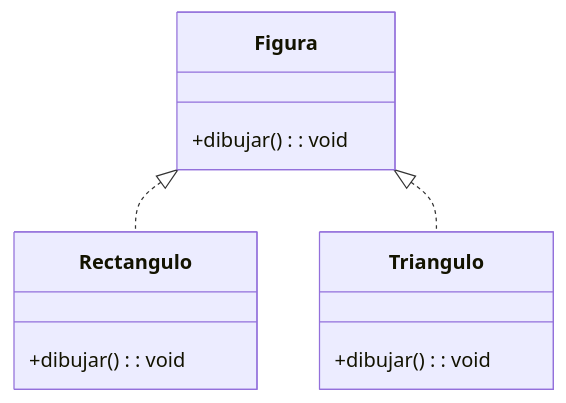
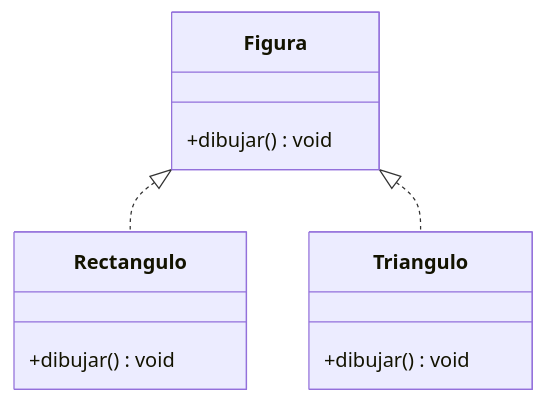
Diagram 24 of 28 in UD4 - Introducción a POO, diagramas UML y diagramas de clases/ud04_2_notacion_uml_diagramas_clases.md (danielmartinan/entornos_desarrollo_2024-25), drawn with Mermaid before and after one commit. The commit also changed other lines of this file and 2 other files, not shown here.

Commit message:
Movido pasos para crear un diagrama de clases a partir de la definición del problema de ud04_3 a ud04_2

````diff
--- a/UD4 - Introducción a POO, diagramas UML y diagramas de clases/ud04_2_notacion_uml_diagramas_clases.md
+++ b/UD4 - Introducción a POO, diagramas UML y diagramas de clases/ud04_2_notacion_uml_diagramas_clases.md
@@ -685,17 +699,17 @@
 ```mermaid
 classDiagram
     class Figura {
-        +dibujar(): void
+        +dibujar() void
     }
 
     class Rectangulo {
-        +dibujar(): void
+        +dibujar() void
     }
 
     class Triangulo {
-        +dibujar(): void
+        +dibujar() void
     }
 
     Figura <|.. Rectangulo
     Figura <|.. Triangulo
 ```
````
